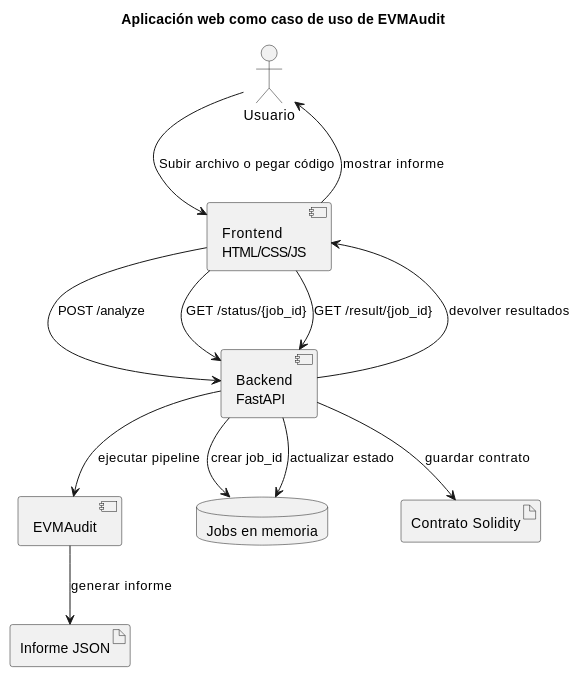
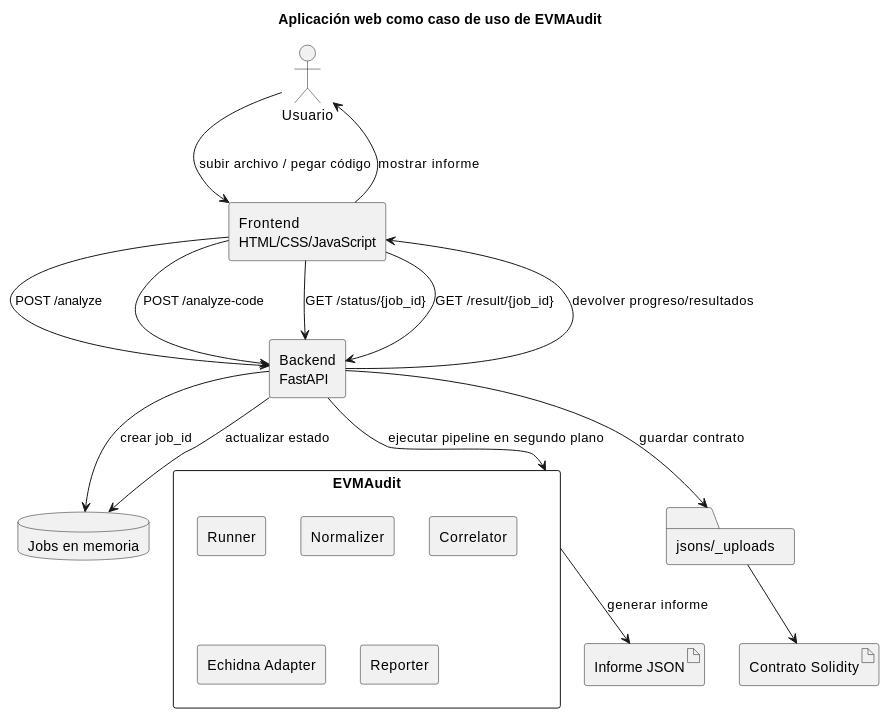
The tenth of 11 diagrams in docs-TFM-UNIR/Entrega/Diagramas/Diagramas.md (pardalaco/TFM-UNIR), drawn with PlantUML before and after one commit. The commit also changed other lines of this file, not shown here.

Commit message:
Diagramas mejorados

````diff
--- a/docs-TFM-UNIR/Entrega/Diagramas/Diagramas.md
+++ b/docs-TFM-UNIR/Entrega/Diagramas/Diagramas.md
@@ -340,27 +516,48 @@
 ```plantuml
 @startuml
 title Aplicación web como caso de uso de EVMAudit
 
+skinparam componentStyle rectangle
+skinparam shadowing false
+
 actor Usuario
 
-component "Frontend\nHTML/CSS/JS" as Frontend
+component "Frontend\nHTML/CSS/JavaScript" as Frontend
 component "Backend\nFastAPI" as Backend
-component "EVMAudit" as EVMAudit
+
+component "EVMAudit" as EVMAudit {
+  component "Runner" as Runner
+  component "Normalizer" as Normalizer
+  component "Correlator" as Correlator
+  component "Echidna Adapter" as Adapter
+  component "Reporter" as Reporter
+}
+
 database "Jobs en memoria" as Jobs
+folder "jsons/_uploads" as Uploads
+
 artifact "Contrato Solidity" as Contract
 artifact "Informe JSON" as Report
 
-Usuario --> Frontend : Subir archivo o pegar código
+Usuario --> Frontend : subir archivo / pegar código
+
 Frontend --> Backend : POST /analyze
-Backend --> Contract : guardar contrato
+Frontend --> Backend : POST /analyze-code
+
+Backend --> Uploads : guardar contrato
+Uploads --> Contract
+
 Backend --> Jobs : crear job_id
-Backend --> EVMAudit : ejecutar pipeline
+Backend --> EVMAudit : ejecutar pipeline en segundo plano
+
 EVMAudit --> Report : generar informe
+
 Backend --> Jobs : actualizar estado
 Frontend --> Backend : GET /status/{job_id}
 Frontend --> Backend : GET /result/{job_id}
-Backend --> Frontend : devolver resultados
+
+Backend --> Frontend : devolver progreso/resultados
 Frontend --> Usuario : mostrar informe
 
 @enduml
 ```
````
